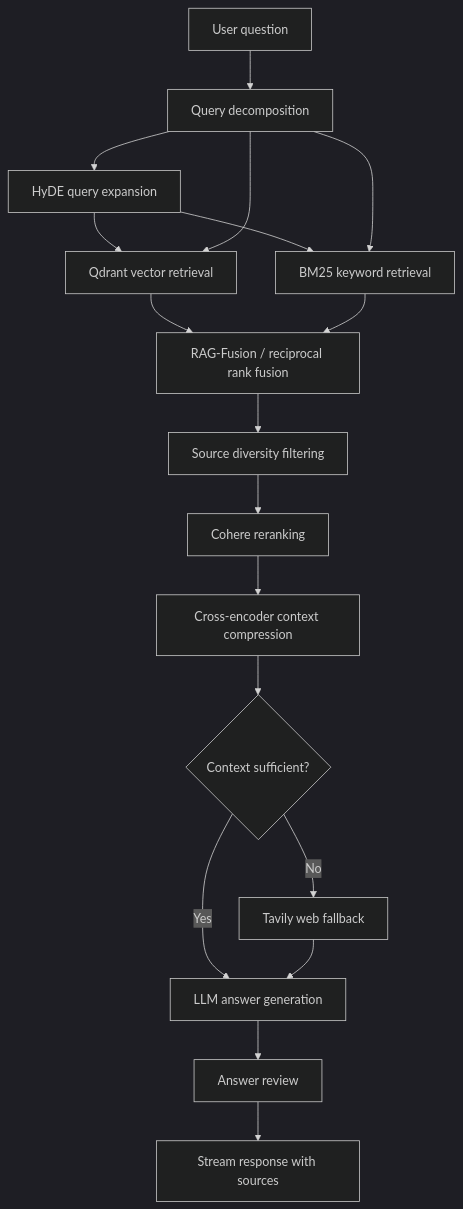
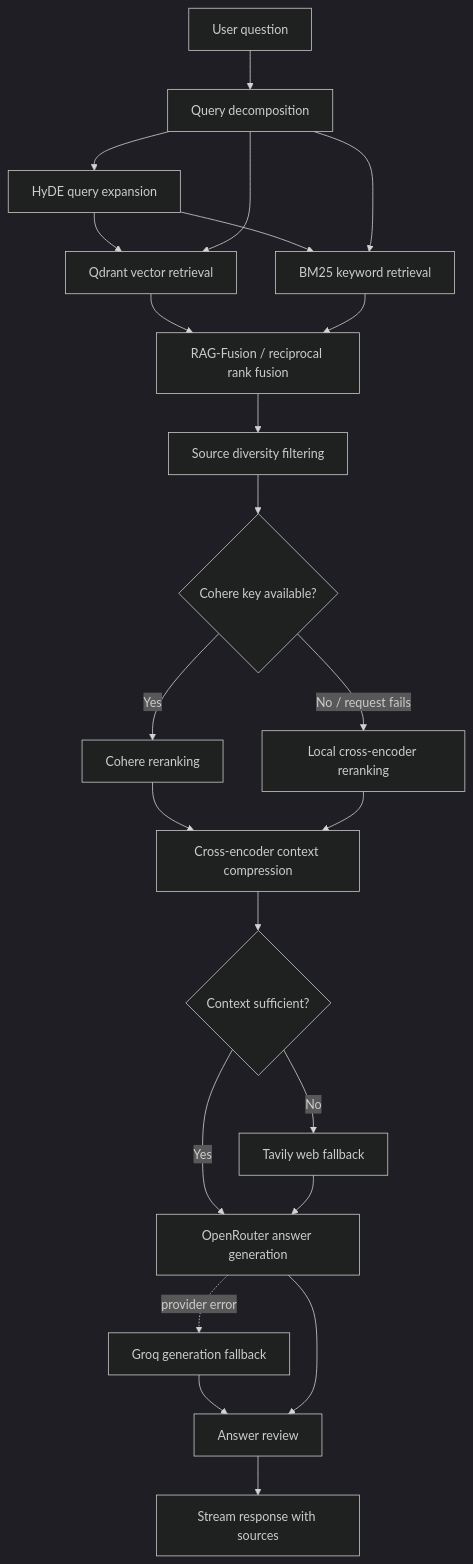
Before and after one commit to Mannn2105/Advanced-Rag-Pipeline-: the diagram in README.md, drawn with Mermaid (dark theme). The commit also changed other lines of this file, not shown here.

Commit message:
docs: document provider fallback behavior and unit tests

````diff
--- a/README.md
+++ b/README.md
@@ -42,20 +42,25 @@
 ```mermaid
 flowchart TD
     A[User question] --> B[Query decomposition]
     B --> C[HyDE query expansion]
     C --> D1[Qdrant vector retrieval]
     C --> D2[BM25 keyword retrieval]
     B --> D1
     B --> D2
     D1 --> E[RAG-Fusion / reciprocal rank fusion]
     D2 --> E
     E --> F[Source diversity filtering]
-    F --> G[Cohere reranking]
-    G --> H[Cross-encoder context compression]
+    F --> G{Cohere key available?}
+    G -- Yes --> G1[Cohere reranking]
+    G -- No / request fails --> G2[Local cross-encoder reranking]
+    G1 --> H[Cross-encoder context compression]
+    G2 --> H
     H --> I{Context sufficient?}
-    I -- Yes --> J[LLM answer generation]
+    I -- Yes --> J[OpenRouter answer generation]
     I -- No --> K[Tavily web fallback]
     K --> J
+    J -. provider error .-> J2[Groq generation fallback]
+    J2 --> L[Answer review]
     J --> L[Answer review]
     L --> M[Stream response with sources]
 ```
````
